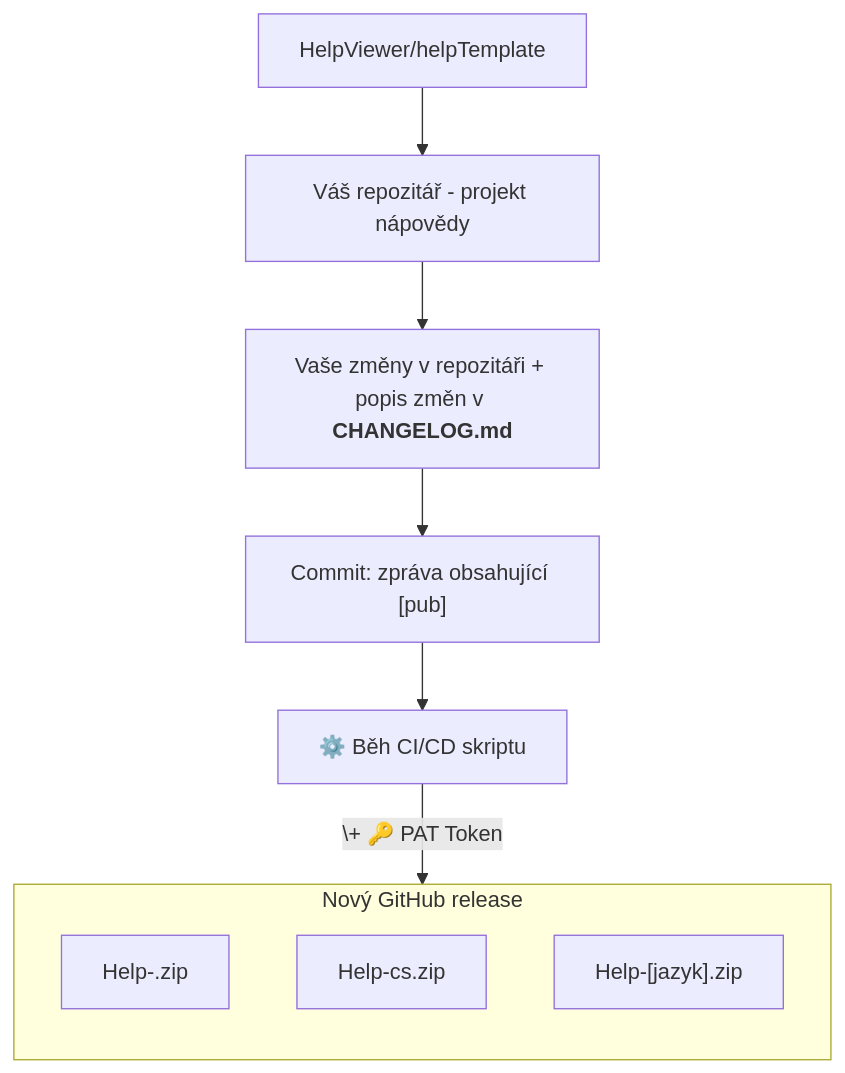
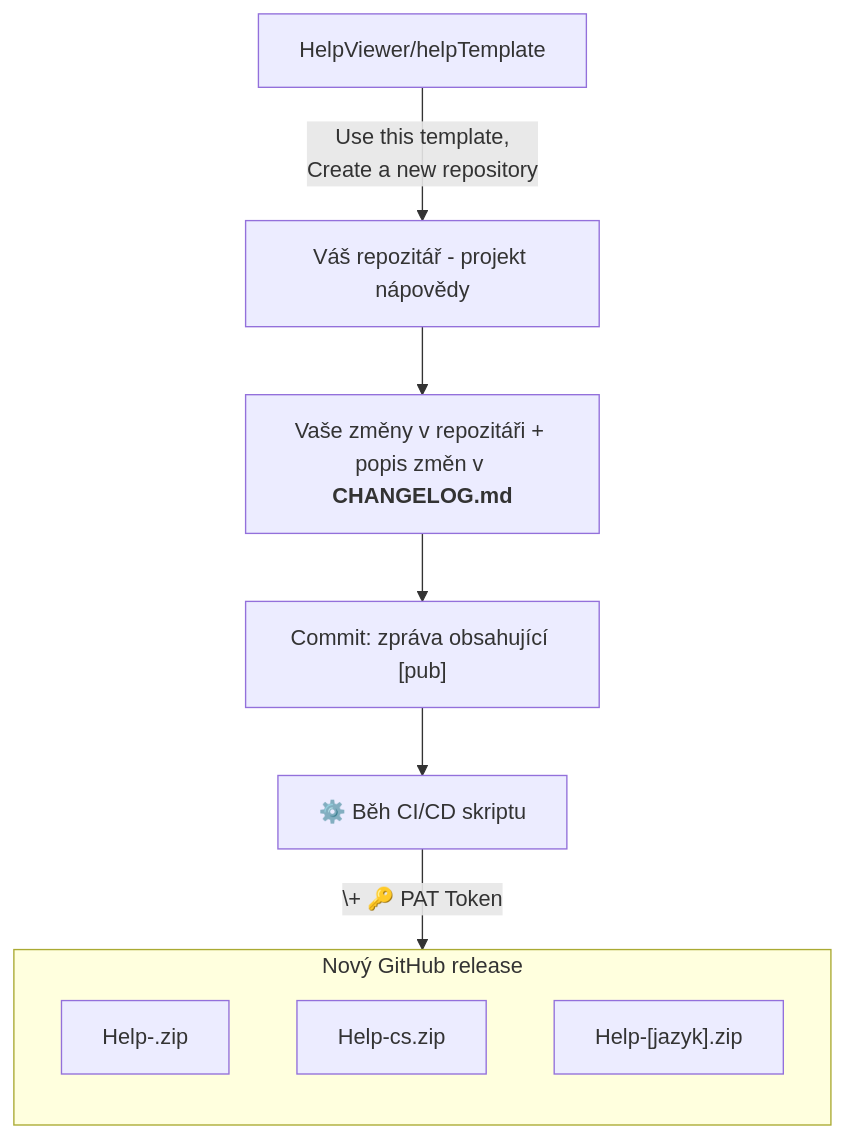
One commit to HelpViewer/helpAuthorsGuide changed the diagram in cs/newHelp.md. Above: the diagram before and after it, drawn with Mermaid. The commit also changed 1 other file, not shown here.

Commit message:
EN,CZ : newHelp.md : overview process diagram : added mention of cloning actions from template repository

````diff
--- a/cs/newHelp.md
+++ b/cs/newHelp.md
@@ -15,14 +15,15 @@
 ```mermaid
 graph TD; 
   subgraph outs["Nový GitHub release"]
   direction TB
   H1["Help-.zip"]
   H2["Help-cs.zip"]
   H3["Help-[jazyk].zip"]
   end
-  T["HelpViewer/helpTemplate"] --> YP["Váš repozitář - projekt nápovědy"]
+  T["HelpViewer/helpTemplate"] -->|Use this template,
+  Create a new repository| YP["Váš repozitář - projekt nápovědy"]
   YP --> YPC["Vaše změny v repozitáři + popis změn v <b>CHANGELOG.md</b>"]
   YPC --> CO["Commit: zpráva obsahující [pub]"]
   CO --> CI["⚙️ Běh CI/CD skriptu"]
   CI -->|\+ 🔑 PAT Token| outs
 ```
````
